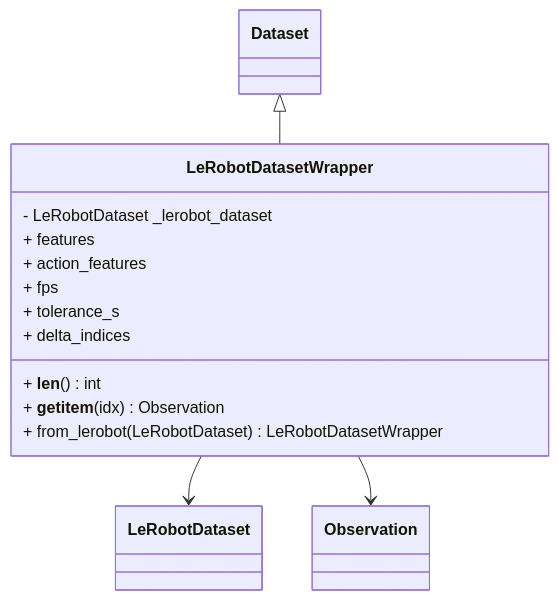
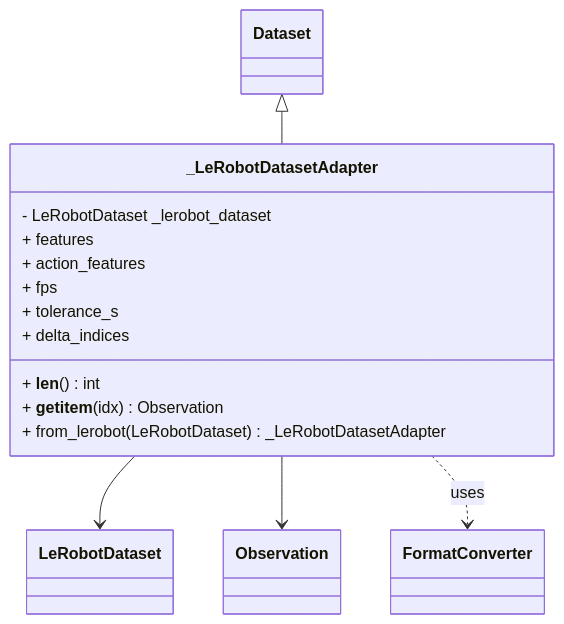
One commit to open-edge-platform/physical-ai-studio changed the second of 3 diagrams in library/docs/design/data/lerobot.md. Above: the diagram before and after it, drawn with Mermaid. The commit also changed other lines of this file and 11 other files, not shown here.

````diff
--- a/library/docs/design/data/lerobot.md
+++ b/library/docs/design/data/lerobot.md
@@ -9,22 +95,24 @@
 ```mermaid
 classDiagram
     class Dataset
     class LeRobotDataset
     class Observation
+    class FormatConverter
 
-    class LeRobotDatasetWrapper {
+    class _LeRobotDatasetAdapter {
         - LeRobotDataset _lerobot_dataset
         + __len__() int
         + __getitem__(idx) Observation
-        + from_lerobot(LeRobotDataset) LeRobotDatasetWrapper
+        + from_lerobot(LeRobotDataset) _LeRobotDatasetAdapter
         + features
         + action_features
         + fps
         + tolerance_s
         + delta_indices
     }
 
-    Dataset <|-- LeRobotDatasetWrapper
-    LeRobotDatasetWrapper --> LeRobotDataset
-    LeRobotDatasetWrapper --> Observation
+    Dataset <|-- _LeRobotDatasetAdapter
+    _LeRobotDatasetAdapter --> LeRobotDataset
+    _LeRobotDatasetAdapter --> Observation
+    _LeRobotDatasetAdapter ..> FormatConverter: uses
 ```
````
